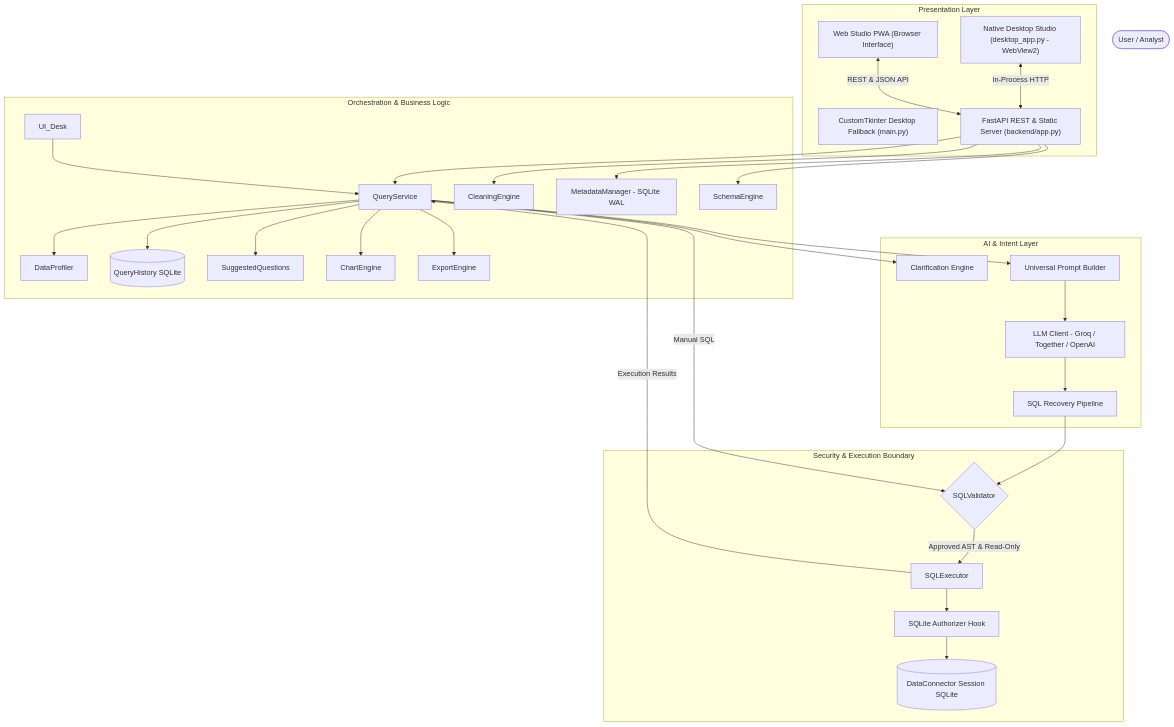
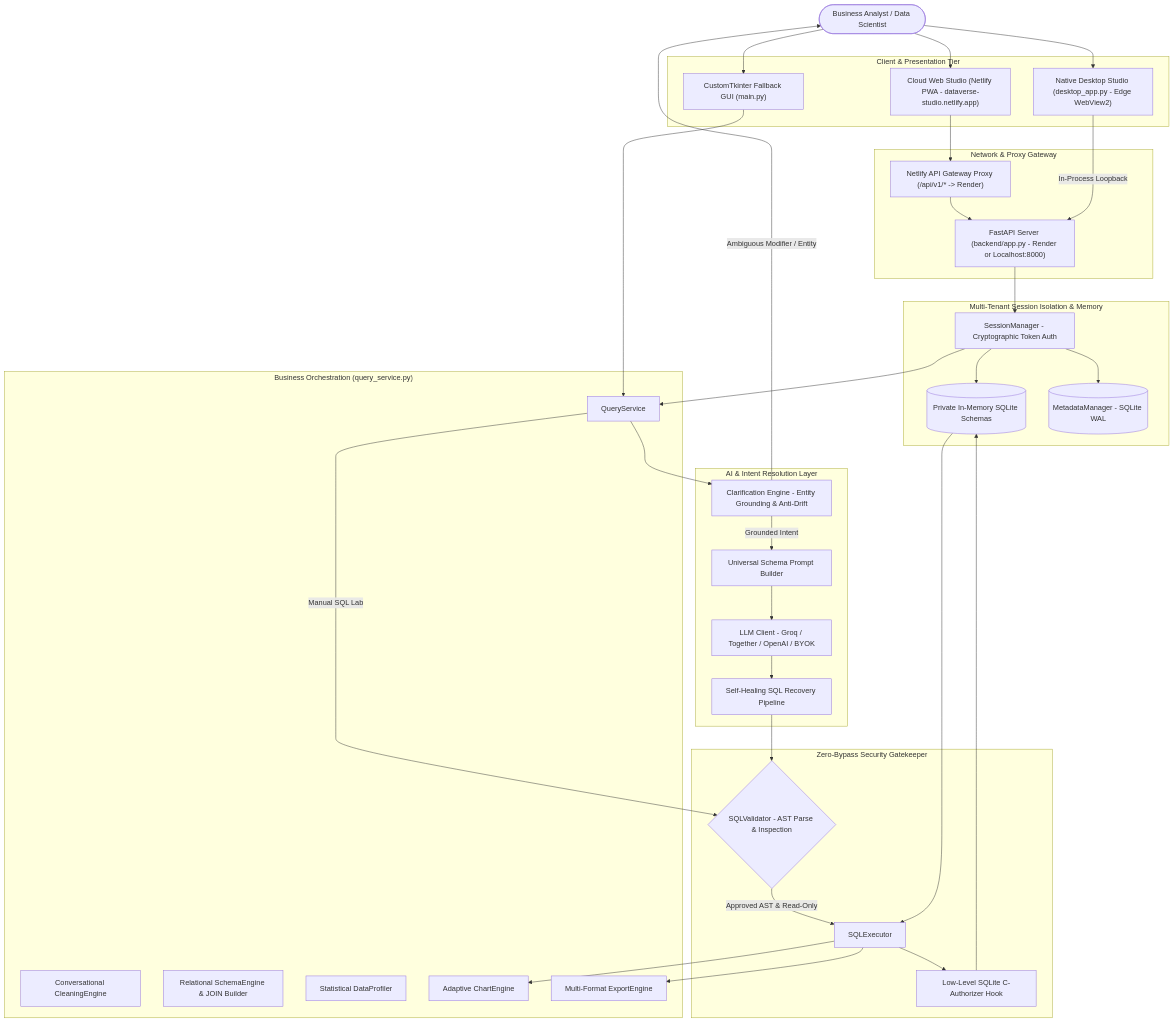
One commit to shaik-irfan-basha/DataVerse changed the diagram in README.md. Above: the diagram before and after it, drawn with Mermaid. The commit also changed other lines of this file, not shown here.

Commit message:
docs: improve README with architecture, cloud studio, benchmarks, and security invariants

````diff
--- a/README.md
+++ b/README.md
@@ -22,50 +43,72 @@
 ```mermaid
 flowchart TD
-    User([User / Analyst])
+    User([Business Analyst / Data Scientist])
 
-    subgraph Presentation ["Presentation Layer"]
-        UI_Desktop["Native Desktop Studio (desktop_app.py - WebView2)"]
-        UI_Web["Web Studio PWA (Browser Interface)"]
-        UI_Legacy["CustomTkinter Desktop Fallback (main.py)"]
-        FastAPI["FastAPI REST & Static Server (backend/app.py)"]
-        UI_Desktop <-->|In-Process HTTP| FastAPI
-        UI_Web <-->|REST & JSON API| FastAPI
+    subgraph ClientLayer ["Client & Presentation Tier"]
+        WebPWA["Cloud Web Studio (Netlify PWA - dataverse-studio.netlify.app)"]
+        DeskStudio["Native Desktop Studio (desktop_app.py - Edge WebView2)"]
+        LegacyGUI["CustomTkinter Fallback GUI (main.py)"]
     end
 
-    subgraph Service ["Orchestration & Business Logic"]
-        FastAPI --> QS[QueryService]
-        UI_Desk --> QS
-        FastAPI --> CleanEng[CleaningEngine]
-        FastAPI --> MetaMgr[MetadataManager - SQLite WAL]
-        FastAPI --> SchemaEng[SchemaEngine]
-        QS --> Profiler[DataProfiler]
-        QS --> QHistory[(QueryHistory SQLite)]
-        QS --> Suggestions[SuggestedQuestions]
-        QS --> Charts[ChartEngine]
-        QS --> Exporter[ExportEngine]
+    subgraph Gateway ["Network & Proxy Gateway"]
+        NetlifyProxy["Netlify API Gateway Proxy (/api/v1/* -> Render)"]
+        FastAPIServer["FastAPI Server (backend/app.py - Render or Localhost:8000)"]
     end
 
-    subgraph Intelligence ["AI & Intent Layer"]
-        ClarifyEng[Clarification Engine]
-        PromptBld[Universal Prompt Builder]
-        LLM[LLM Client - Groq / Together / OpenAI]
-        Recovery[SQL Recovery Pipeline]
-        QS --> ClarifyEng
-        QS --> PromptBld
-        PromptBld --> LLM
-        LLM --> Recovery
+    subgraph SessionTier ["Multi-Tenant Session Isolation & Memory"]
+        SessionMgr[SessionManager - Cryptographic Token Auth]
+        SessionStore[(Private In-Memory SQLite Schemas)]
+        MetaWAL[(MetadataManager - SQLite WAL)]
     end
 
-    subgraph Security ["Security & Execution Boundary"]
-        Validator{SQLValidator}
-        Authorizer[SQLite Authorizer Hook]
-        Executor[SQLExecutor]
-        Connector[(DataConnector Session SQLite)]
-        Recovery --> Validator
-        QS -->|Manual SQL| Validator
-        Validator -->|Approved AST & Read-Only| Executor
-        Executor --> Authorizer
-        Authorizer --> Connector
-        Executor -->|Execution Results| QS
+    subgraph OrchestrationTier ["Business Orchestration (query_service.py)"]
+        QS[QueryService]
+        CleanEng[Conversational CleaningEngine]
+        SchemaEng[Relational SchemaEngine & JOIN Builder]
+        Profiler[Statistical DataProfiler]
+        Charts[Adaptive ChartEngine]
+        Exporter[Multi-Format ExportEngine]
     end
+
+    subgraph AIIntentTier ["AI & Intent Resolution Layer"]
+        ClarifyEng[Clarification Engine - Entity Grounding & Anti-Drift]
+        PromptBld[Universal Schema Prompt Builder]
+        LLM[LLM Client - Groq / Together / OpenAI / BYOK]
+        RecoveryPipe[Self-Healing SQL Recovery Pipeline]
+    end
+
+    subgraph SecurityBoundary ["Zero-Bypass Security Gatekeeper"]
+        SQLVal{SQLValidator - AST Parse & Inspection}
+        SQLExec[SQLExecutor]
+        AuthHook[Low-Level SQLite C-Authorizer Hook]
+    end
+
+    User --> WebPWA
+    User --> DeskStudio
+    User --> LegacyGUI
+
+    WebPWA --> NetlifyProxy
+    NetlifyProxy --> FastAPIServer
+    DeskStudio -->|In-Process Loopback| FastAPIServer
+    LegacyGUI --> QS
+
+    FastAPIServer --> SessionMgr
+    SessionMgr --> SessionStore
+    SessionMgr --> MetaWAL
+    SessionMgr --> QS
+
+    QS --> ClarifyEng
+    ClarifyEng -->|Ambiguous Modifier / Entity| User
+    ClarifyEng -->|Grounded Intent| PromptBld
+    PromptBld --> LLM
+    LLM --> RecoveryPipe
+
+    RecoveryPipe --> SQLVal
+    QS -->|Manual SQL Lab| SQLVal
+    SQLVal -->|Approved AST & Read-Only| SQLExec
+    SQLExec --> AuthHook
+    AuthHook --> SessionStore
+    SessionStore --> SQLExec
+    SQLExec --> Charts
+    SQLExec --> Exporter
 ```
````
